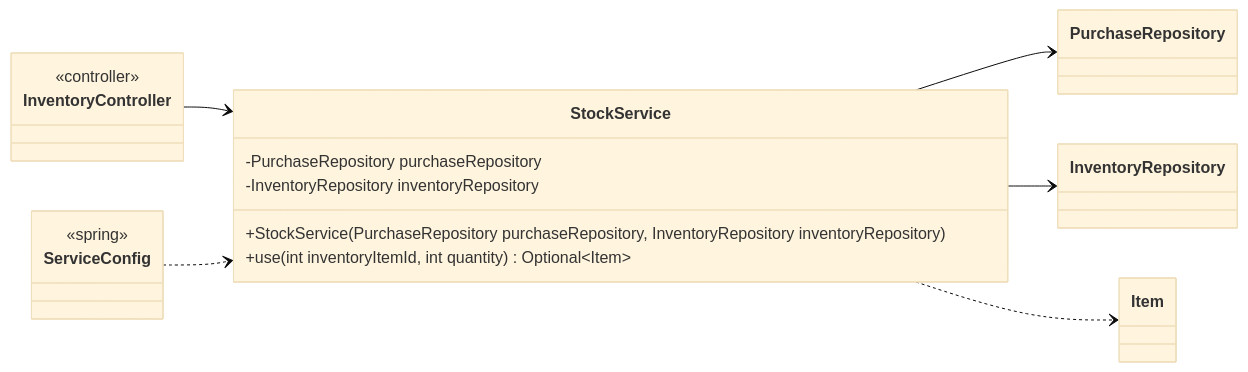
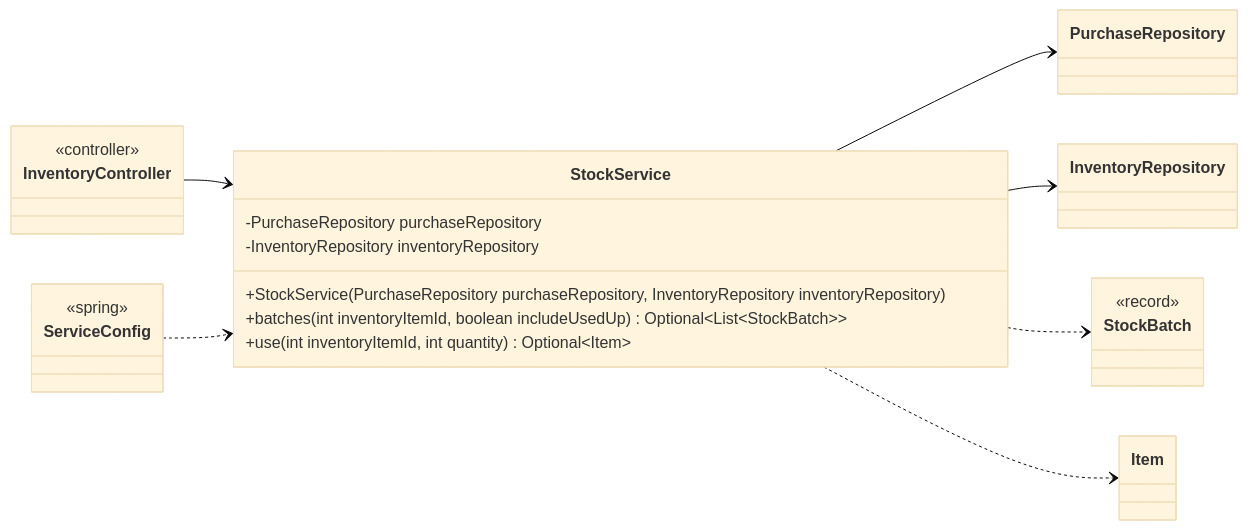
Before and after one commit to Nate-ryan-7690/dahaem: the tenth of 10 diagrams in docs/classes/finance.md, drawn with Mermaid (base theme). The commit also changed other lines of this file and 6 other files, not shown here.

````diff
--- a/docs/classes/finance.md
+++ b/docs/classes/finance.md
@@ -334,24 +439,29 @@
 ```mermaid
 classDiagram
     direction LR
     class finance_StockService["StockService"] {
         -PurchaseRepository purchaseRepository
         -InventoryRepository inventoryRepository
         +StockService(PurchaseRepository purchaseRepository, InventoryRepository inventoryRepository)
+        +batches(int inventoryItemId, boolean includeUsedUp) Optional~List~StockBatch~~
         +use(int inventoryItemId, int quantity) Optional~Item~
     }
     class finance_PurchaseRepository["PurchaseRepository"]
     class inventory_InventoryRepository["InventoryRepository"]
     class api_InventoryController["InventoryController"] {
         <<controller>>
     }
+    class finance_StockBatch["StockBatch"] {
+        <<record>>
+    }
     class inventory_Item["Item"]
     class api_ServiceConfig["ServiceConfig"] {
         <<spring>>
     }
     finance_StockService --> finance_PurchaseRepository
     finance_StockService --> inventory_InventoryRepository
+    finance_StockService ..> finance_StockBatch
     finance_StockService ..> inventory_Item
     api_InventoryController --> finance_StockService
     api_ServiceConfig ..> finance_StockService
 ```
````
